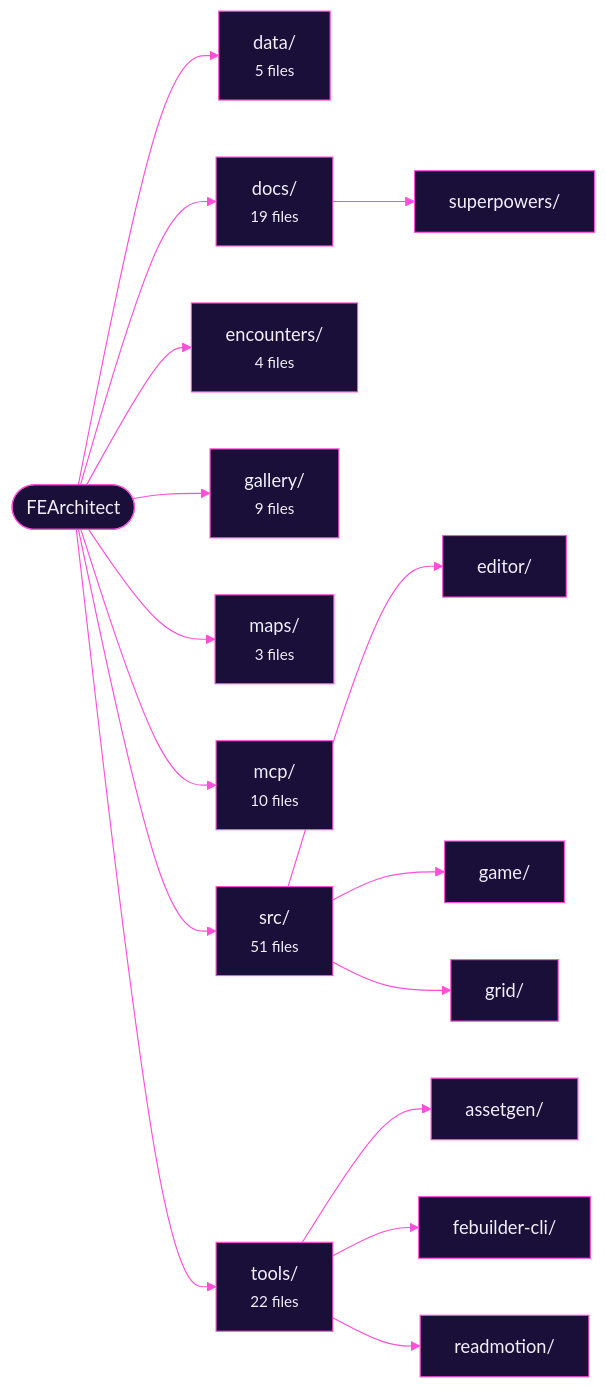
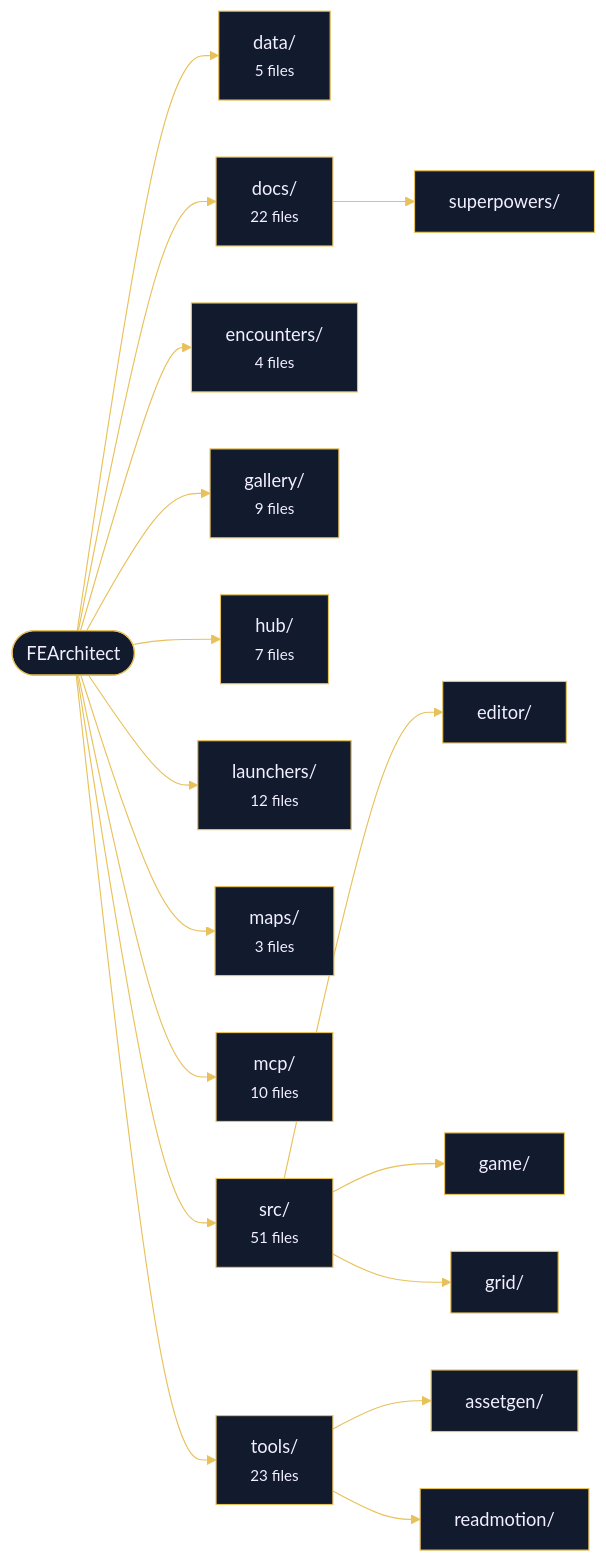
The first of 2 diagrams in README.md (Theo-Erickson/FEArchitect), drawn with Mermaid before and after one commit. The commit also changed other lines of this file and 11 other files, not shown here.

````diff
--- a/README.md
+++ b/README.md
@@ -152,20 +190,21 @@
 ```mermaid
-%%{init: {'theme':'base','themeVariables':{'primaryColor':'#1a0f38','primaryTextColor':'#f2efff','primaryBorderColor':'#ff4fd8','lineColor':'#ff4fd8','secondaryColor':'#2a0f3e','tertiaryColor':'#07060f'}}}%%
+%%{init: {'theme':'base','themeVariables':{'primaryColor':'#121a2e','primaryTextColor':'#f2efff','primaryBorderColor':'#e8c15a','lineColor':'#e8c15a','secondaryColor':'#1c2742','tertiaryColor':'#0c0f1a'}}}%%
 flowchart LR
     root(["FEArchitect"])
     root --> d_data["data/<br/><small>5 files</small>"]
-    root --> d_docs["docs/<br/><small>19 files</small>"]
+    root --> d_docs["docs/<br/><small>22 files</small>"]
     d_docs --> d_docs_superpowers["superpowers/"]
     root --> d_encounters["encounters/<br/><small>4 files</small>"]
     root --> d_gallery["gallery/<br/><small>9 files</small>"]
+    root --> d_hub["hub/<br/><small>7 files</small>"]
+    root --> d_launchers["launchers/<br/><small>12 files</small>"]
     root --> d_maps["maps/<br/><small>3 files</small>"]
     root --> d_mcp["mcp/<br/><small>10 files</small>"]
     root --> d_src["src/<br/><small>51 files</small>"]
     d_src --> d_src_editor["editor/"]
     d_src --> d_src_game["game/"]
     d_src --> d_src_grid["grid/"]
-    root --> d_tools["tools/<br/><small>22 files</small>"]
+    root --> d_tools["tools/<br/><small>23 files</small>"]
     d_tools --> d_tools_assetgen["assetgen/"]
-    d_tools --> d_tools_febuilder_cli["febuilder-cli/"]
     d_tools --> d_tools_readmotion["readmotion/"]
 ```
````
